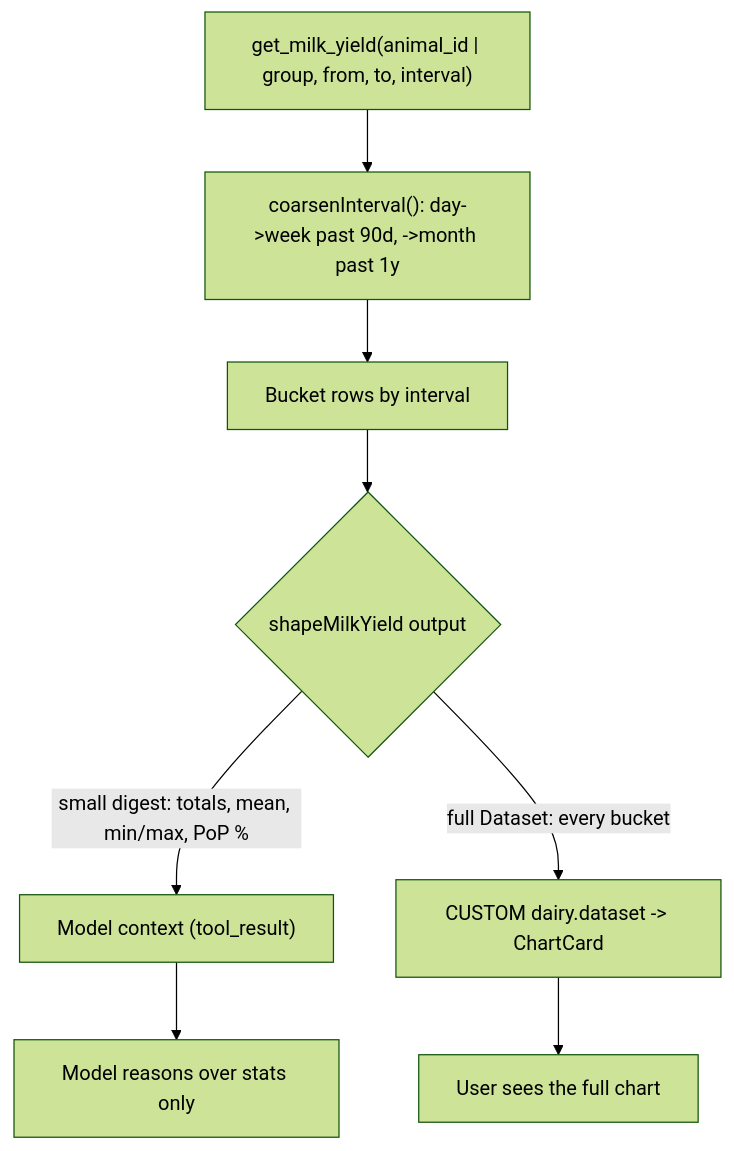
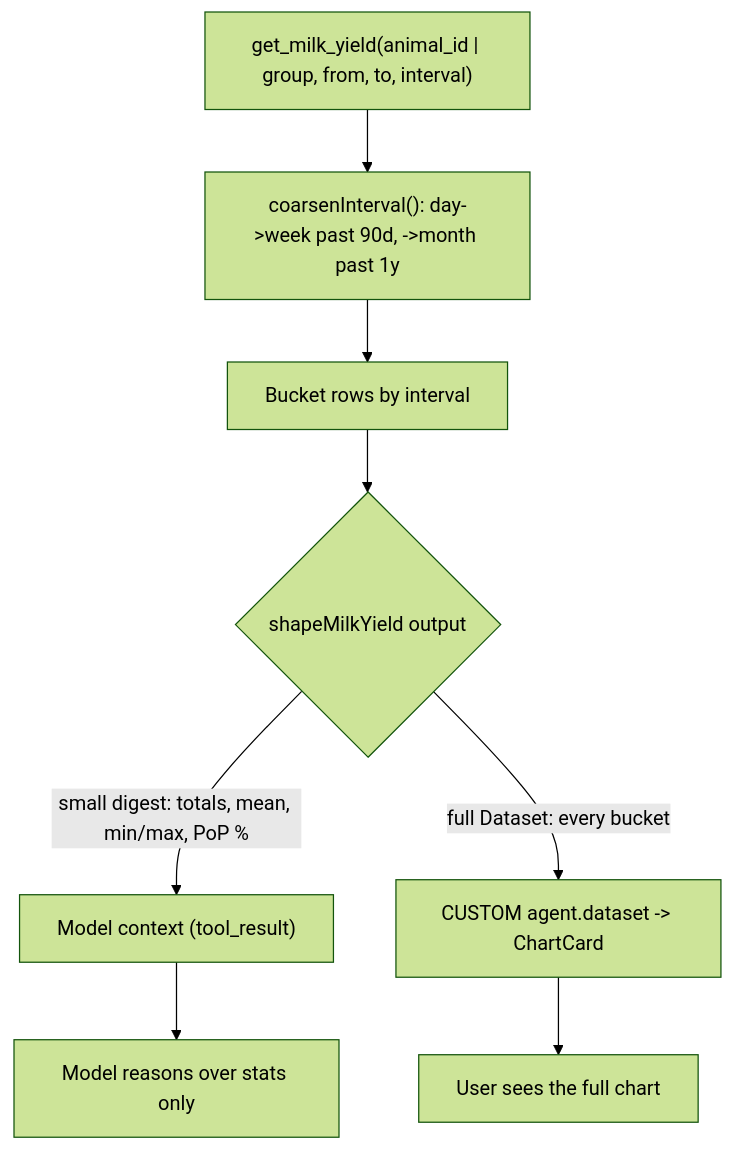
The fifth of 7 diagrams in docs/PROJECT_OVERVIEW.md (i-adnanali/dairy-agent), drawn with Mermaid (forest theme) before and after one commit. The commit also changed other lines of this file and 5 other files, not shown here.

````diff
--- a/docs/PROJECT_OVERVIEW.md
+++ b/docs/PROJECT_OVERVIEW.md
@@ -223,10 +226,10 @@
 ```mermaid
 flowchart TD
     Q["get_milk_yield(animal_id | group, from, to, interval)"] --> Coarsen["coarsenInterval(): day->week past 90d, ->month past 1y"]
     Coarsen --> Bucket["Bucket rows by interval"]
     Bucket --> Split{"shapeMilkYield output"}
     Split -->|"small digest: totals, mean, min/max, PoP %"| Model["Model context (tool_result)"]
-    Split -->|"full Dataset: every bucket"| Client["CUSTOM dairy.dataset -> ChartCard"]
+    Split -->|"full Dataset: every bucket"| Client["CUSTOM agent.dataset -> ChartCard"]
     Model --> Reason["Model reasons over stats only"]
     Client --> Chart["User sees the full chart"]
 ```
````
